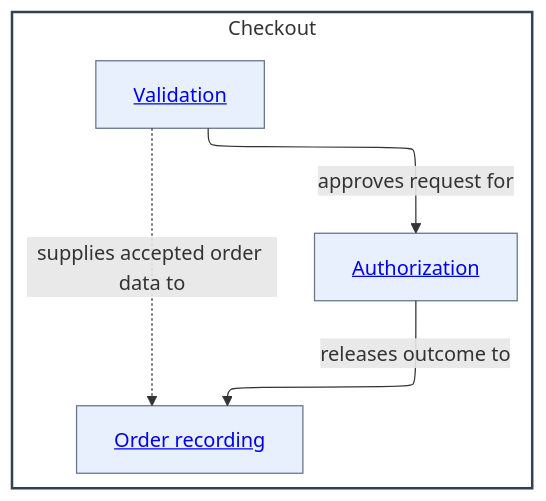
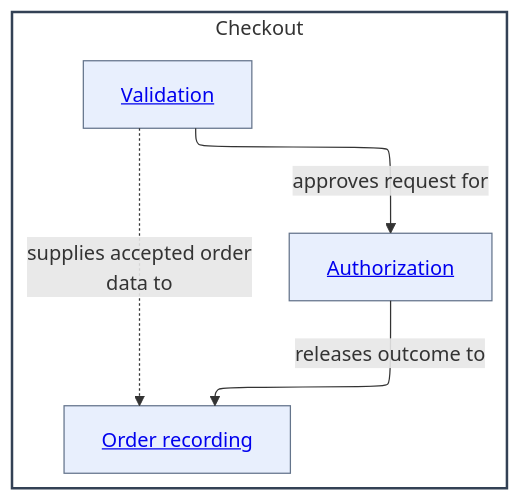
Before and after one commit to abstract-business-systems/as-is: the first of 8 diagrams in skills/managing-as-is-document/diagram-examples.md, drawn with Mermaid. The commit also changed other lines of this file and 47 other files, not shown here.

Commit message:
docs(diagrams): improve Mermaid readability validation

````diff
--- a/skills/managing-as-is-document/diagram-examples.md
+++ b/skills/managing-as-is-document/diagram-examples.md
@@ -52,23 +52,23 @@
 ```mermaid
 ---
 config:
   layout: elk
 ---
 %%{init: {"securityLevel": "loose"}}%%
 flowchart TB
     subgraph Checkout["Checkout"]
         direction TB
         Validation["<a href='./validation/as-is.md#design'>Validation</a>"]
         Authorization["<a href='./authorization/as-is.md#design'>Authorization</a>"]
         OrderRecording["<a href='./order-recording/as-is.md#design'>Order recording</a>"]
 
         Validation -->|approves request for| Authorization
         Authorization -->|releases outcome to| OrderRecording
-        Validation -.->|supplies accepted order data to| OrderRecording
+        Validation -.->|supplies accepted order<br/>data to| OrderRecording
     end
 
     classDef container fill:#f8fafc,fill-opacity:0.1,stroke:#334155,stroke-width:2px
     classDef child fill:#2563eb,fill-opacity:0.1,stroke:#64748b,stroke-width:1px
     class Checkout container
     class Validation,Authorization,OrderRecording child
 ```
````
